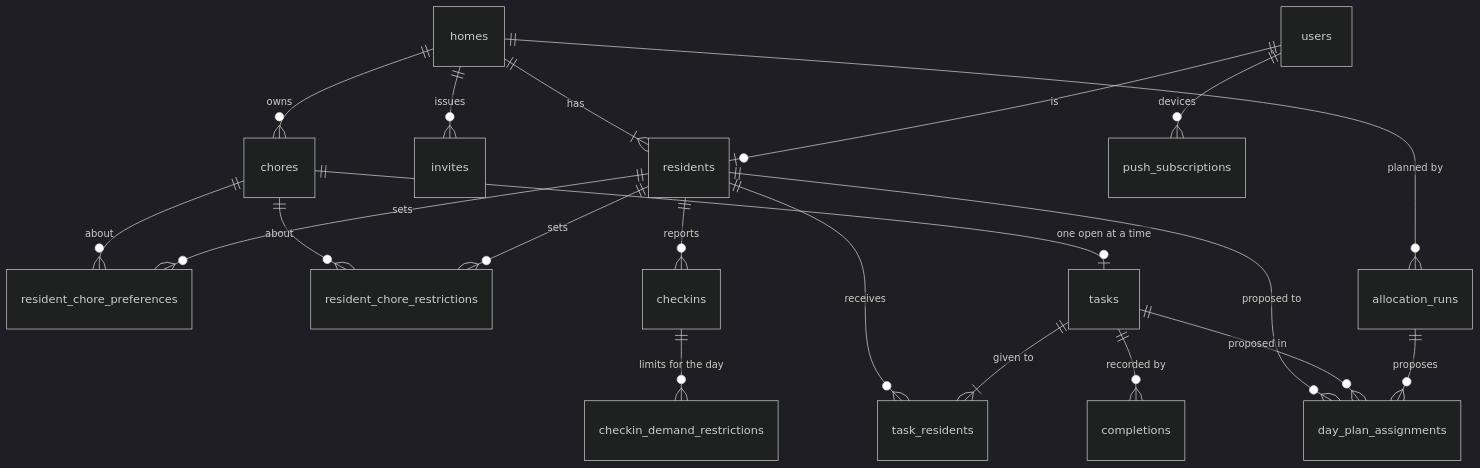
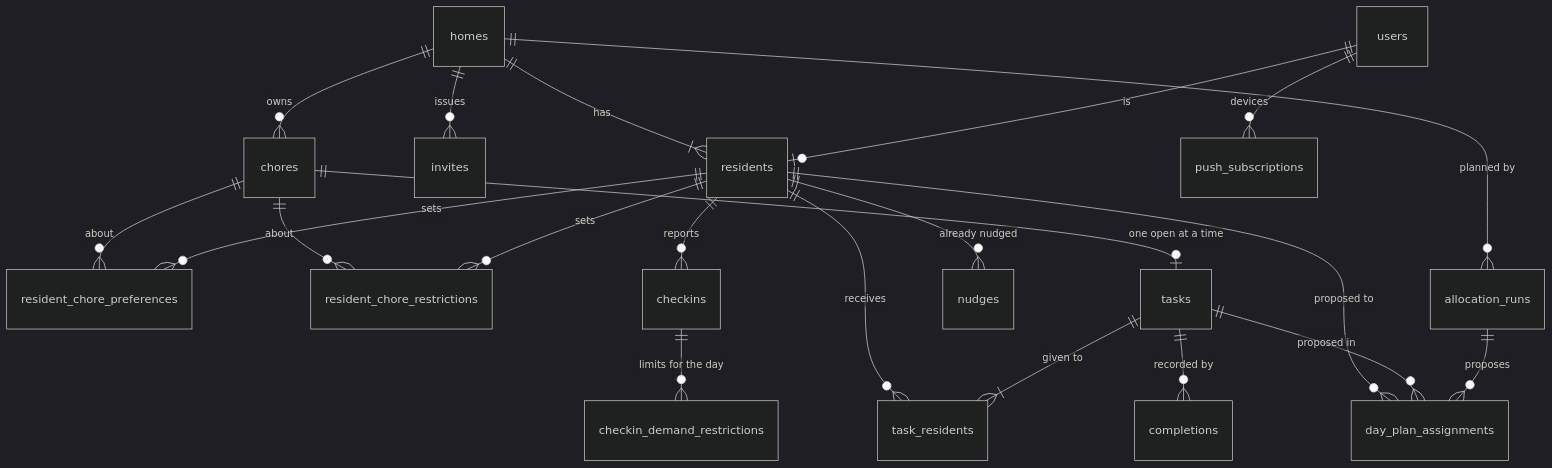
Before and after one commit to AbnerWillclefy/Homeowner: the diagram in docs/architecture/data-model.md, drawn with Mermaid (dark theme). The commit also changed other lines of this file and 4 other files, not shown here.

Commit message:
docs(architecture): describe the check-in reminder and day plan ready nudges

````diff
--- a/docs/architecture/data-model.md
+++ b/docs/architecture/data-model.md
@@ -30,22 +31,23 @@
 ```mermaid
 erDiagram
     users ||--o| residents : "is"
     homes ||--|{ residents : "has"
     homes ||--o{ invites : "issues"
     homes ||--o{ chores : "owns"
     residents ||--o{ resident_chore_preferences : "sets"
     residents ||--o{ resident_chore_restrictions : "sets"
     chores ||--o{ resident_chore_preferences : "about"
     chores ||--o{ resident_chore_restrictions : "about"
     chores ||--o| tasks : "one open at a time"
     tasks ||--|{ task_residents : "given to"
     residents ||--o{ task_residents : "receives"
     tasks ||--o{ completions : "recorded by"
     residents ||--o{ checkins : "reports"
     checkins ||--o{ checkin_demand_restrictions : "limits for the day"
     users ||--o{ push_subscriptions : "devices"
+    residents ||--o{ nudges : "already nudged"
     homes ||--o{ allocation_runs : "planned by"
     allocation_runs ||--o{ day_plan_assignments : "proposes"
     tasks ||--o{ day_plan_assignments : "proposed in"
     residents ||--o{ day_plan_assignments : "proposed to"
 ```
````
